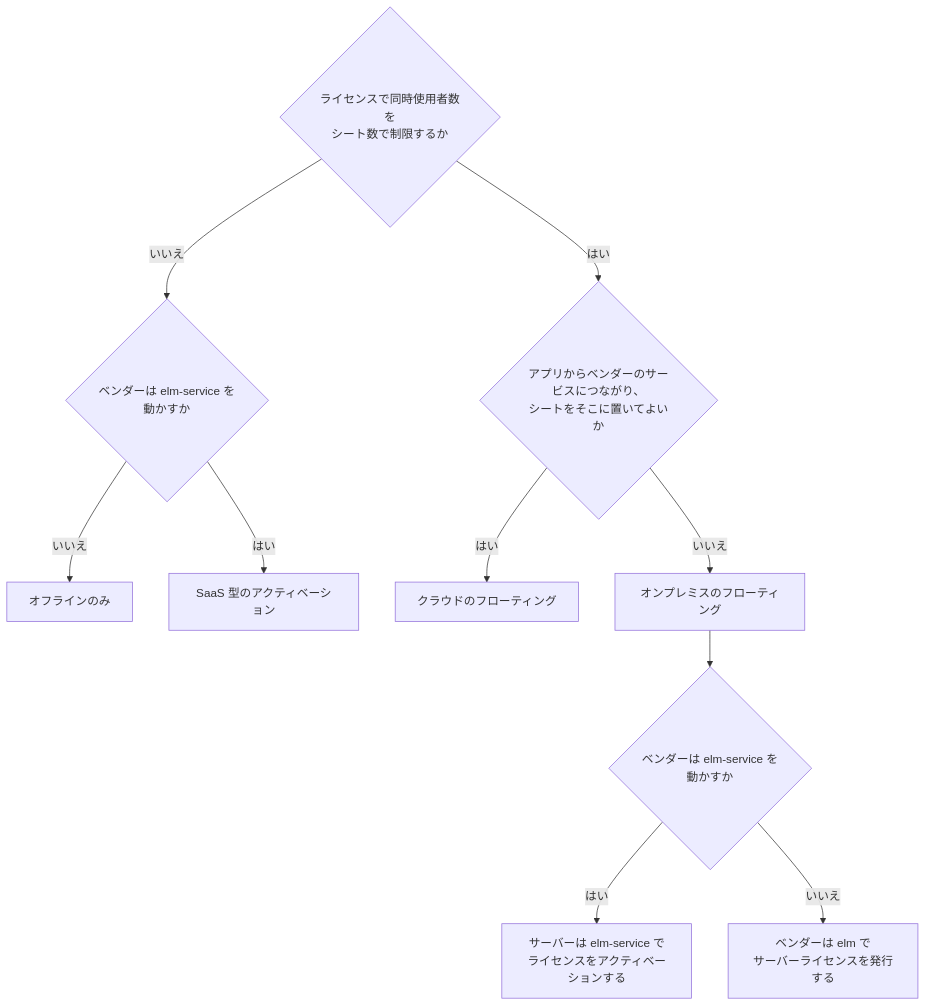
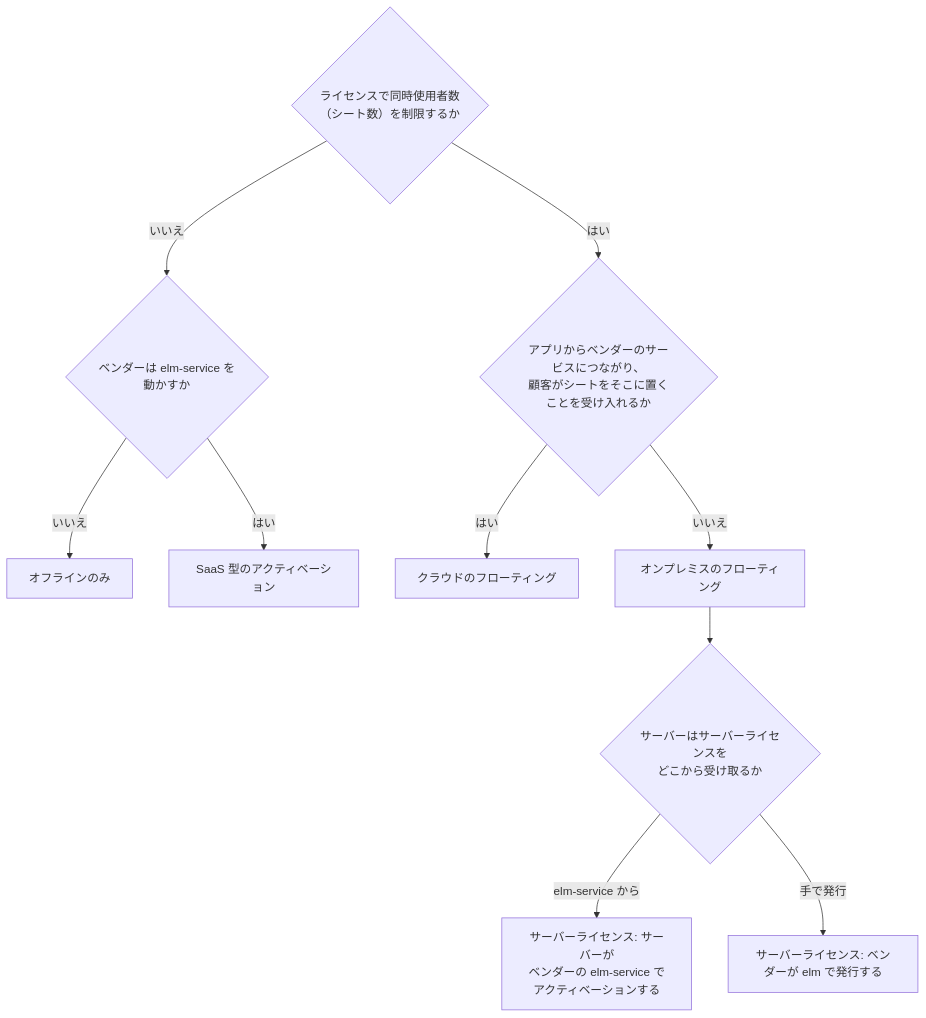
The second of 2 diagrams in docs/guide.ja/explanation/overview.md (YUKIKEDA/ElasticLM), drawn with Mermaid before and after one commit. The commit also changed 4 other files, not shown here.

Commit message:
docs(guide): apply the reviews of the two diagrams

````diff
--- a/docs/guide.ja/explanation/overview.md
+++ b/docs/guide.ja/explanation/overview.md
@@ -122,12 +122,12 @@
 ```mermaid
 flowchart TD
-    S{ライセンスで同時使用者数を<br/>シート数で制限するか} -- いいえ --> V{ベンダーは elm-service を動かすか}
+    S{ライセンスで同時使用者数<br/>（シート数）を制限するか} -- いいえ --> V{ベンダーは elm-service を動かすか}
     V -- いいえ --> OFF[オフラインのみ]
     V -- はい --> HA[SaaS 型のアクティベーション]
-    S -- はい --> R{アプリからベンダーのサービスにつながり、<br/>シートをそこに置いてよいか}
+    S -- はい --> R{アプリからベンダーのサービスにつながり、<br/>顧客がシートをそこに置くことを受け入れるか}
     R -- はい --> CF[クラウドのフローティング]
     R -- いいえ --> OP[オンプレミスのフローティング]
-    OP --> L{ベンダーは elm-service を動かすか}
-    L -- はい --> LS[サーバーは elm-service で<br/>ライセンスをアクティベーションする]
-    L -- いいえ --> LE[ベンダーは elm で<br/>サーバーライセンスを発行する]
+    OP --> L{サーバーはサーバーライセンスを<br/>どこから受け取るか}
+    L -- elm-service から --> LS[サーバーライセンス: サーバーが<br/>ベンダーの elm-service でアクティベーションする]
+    L -- 手で発行 --> LE[サーバーライセンス: ベンダーが elm で発行する]
 ```
````
